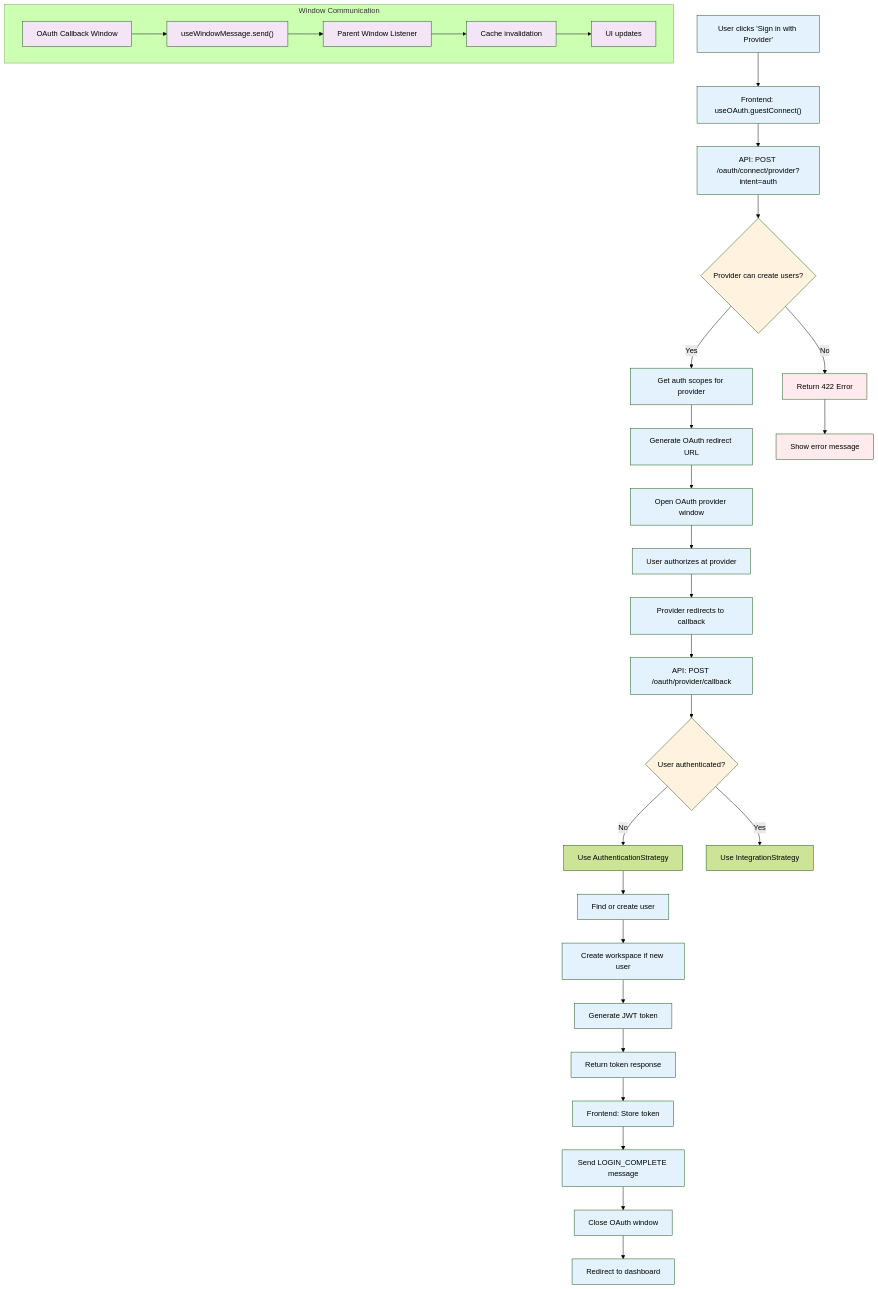
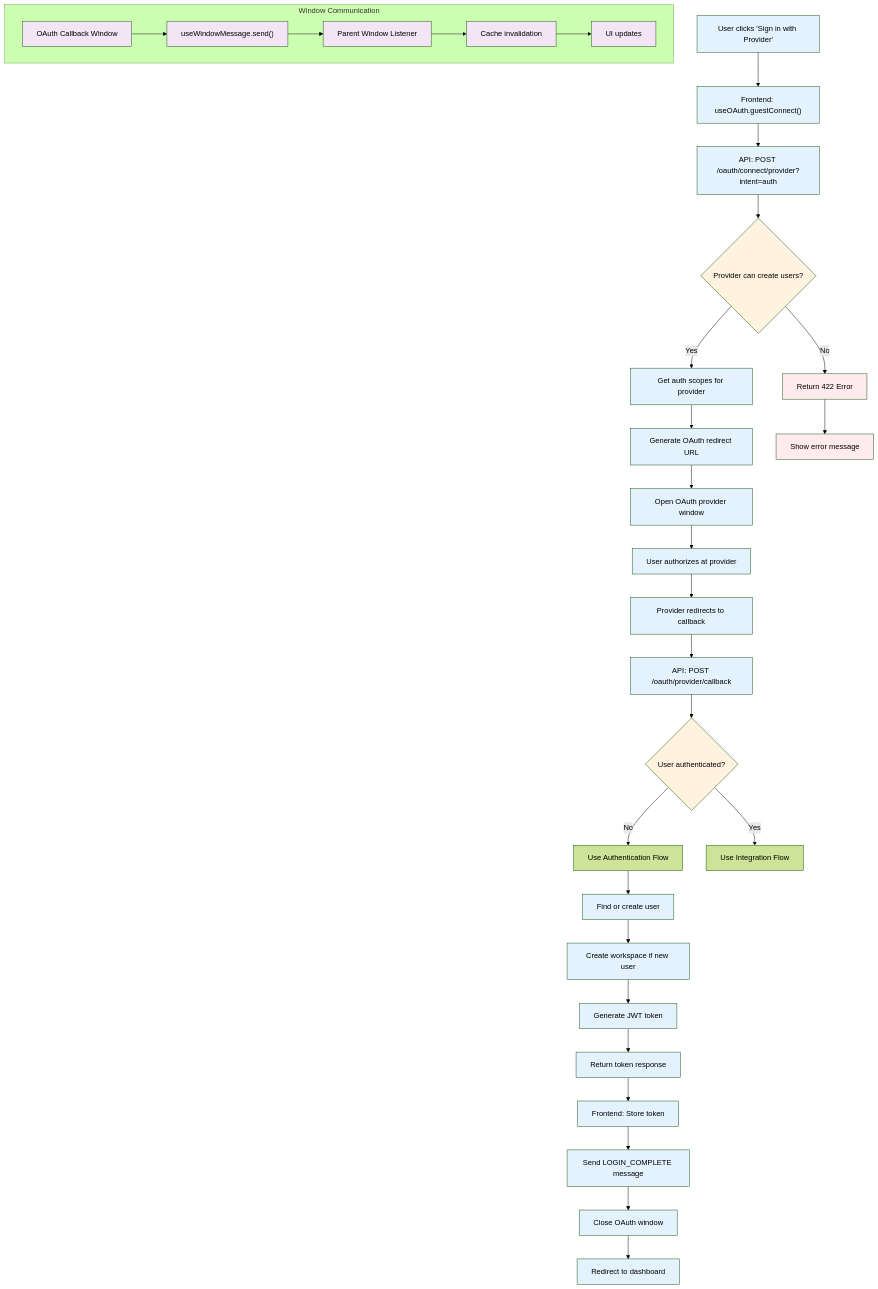
Before and after one commit to JhumanJ/OpnForm: the second of 5 diagrams in docs/contributing/new-integration.mdx, drawn with Mermaid (forest theme). The commit also changed other lines of this file and 17 other files, not shown here.

````diff
--- a/docs/contributing/new-integration.mdx
+++ b/docs/contributing/new-integration.mdx
@@ -228,43 +233,43 @@
 ```mermaid
 flowchart TD
     A["User clicks 'Sign in with Provider'"] --> B["Frontend: useOAuth.guestConnect()"]
     B --> C["API: POST /oauth/connect/provider?intent=auth"]
     C --> D{Provider can create users?}
     D -->|No| E["Return 422 Error"]
     D -->|Yes| F["Get auth scopes for provider"]
     F --> G["Generate OAuth redirect URL"]
     G --> H["Open OAuth provider window"]
     H --> I["User authorizes at provider"]
     I --> J["Provider redirects to callback"]
     J --> K["API: POST /oauth/provider/callback"]
     K --> L{User authenticated?}
-    L -->|No| M["Use AuthenticationStrategy"]
-    L -->|Yes| N["Use IntegrationStrategy"]
+    L -->|No| M["Use Authentication Flow"]
+    L -->|Yes| N["Use Integration Flow"]
     M --> O["Find or create user"]
     O --> P["Create workspace if new user"]
     P --> Q["Generate JWT token"]
     Q --> R["Return token response"]
     R --> S["Frontend: Store token"]
     S --> T["Send LOGIN_COMPLETE message"]
     T --> U["Close OAuth window"]
     U --> V["Redirect to dashboard"]
     
     E --> W["Show error message"]
     
     subgraph "Window Communication"
         X["OAuth Callback Window"] --> Y["useWindowMessage.send()"]
         Y --> Z["Parent Window Listener"]
         Z --> AA["Cache invalidation"]
         AA --> BB["UI updates"]
     end
     
     classDef process fill:#e3f2fd
     classDef decision fill:#fff3e0
     classDef error fill:#ffebee
     classDef communication fill:#f3e5f5
     
     class A,B,C,F,G,H,I,J,K,O,P,Q,R,S,T,U,V process
     class D,L decision
     class E,W error
     class X,Y,Z,AA,BB communication
 ```
````
